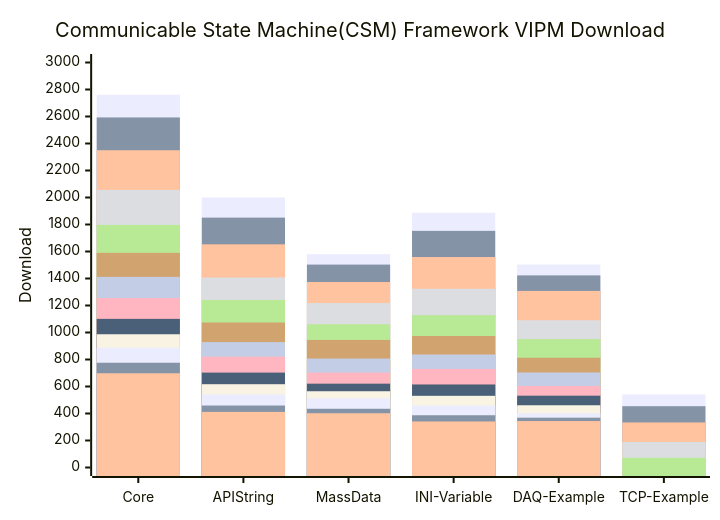
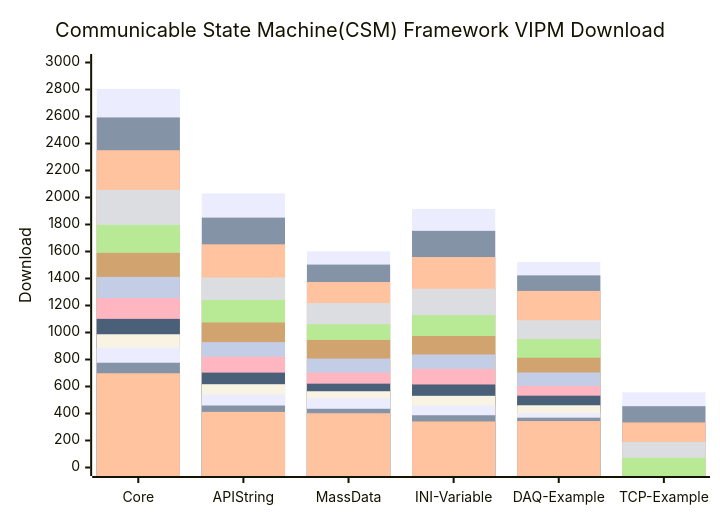
One commit to NEVSTOP-LAB/.github changed the diagram in profile/README.md. Above: the diagram before and after it, drawn with Mermaid.

````diff
--- a/profile/README.md
+++ b/profile/README.md
@@ -31,19 +31,19 @@
 ```mermaid
     xychart-beta
     title "Communicable State Machine(CSM) Framework VIPM Download"
     x-axis [Core, API String, MassData, INI-Variable, DAQ-Example, TCP-Example]
     y-axis "Download" 0 --> 3000
-    bar   [2761, 2000, 1580, 1887, 1503, 541]
+    bar   [2804, 2030, 1601, 1915, 1522, 557]
     bar   [2593, 1851, 1503, 1753, 1423, 454]
     bar   [2350, 1653, 1374, 1559, 1308, 334]
     bar   [2056, 1407, 1218, 1324, 1091, 189]
     bar   [1797, 1241, 1061, 1128, 951, 72]
     bar   [1590, 1074, 945, 974, 813]
     bar   [1412, 929, 807, 837, 704]
     bar   [1255, 821, 703, 730, 604]
     bar   [1101, 703, 621, 615, 532]
     bar   [987, 617, 565, 531, 461]
     bar   [887, 541, 512, 459, 402]
     bar   [776, 459, 435, 387, 369]
     bar   [698, 412, 402, 341, 344]
 ```
````
